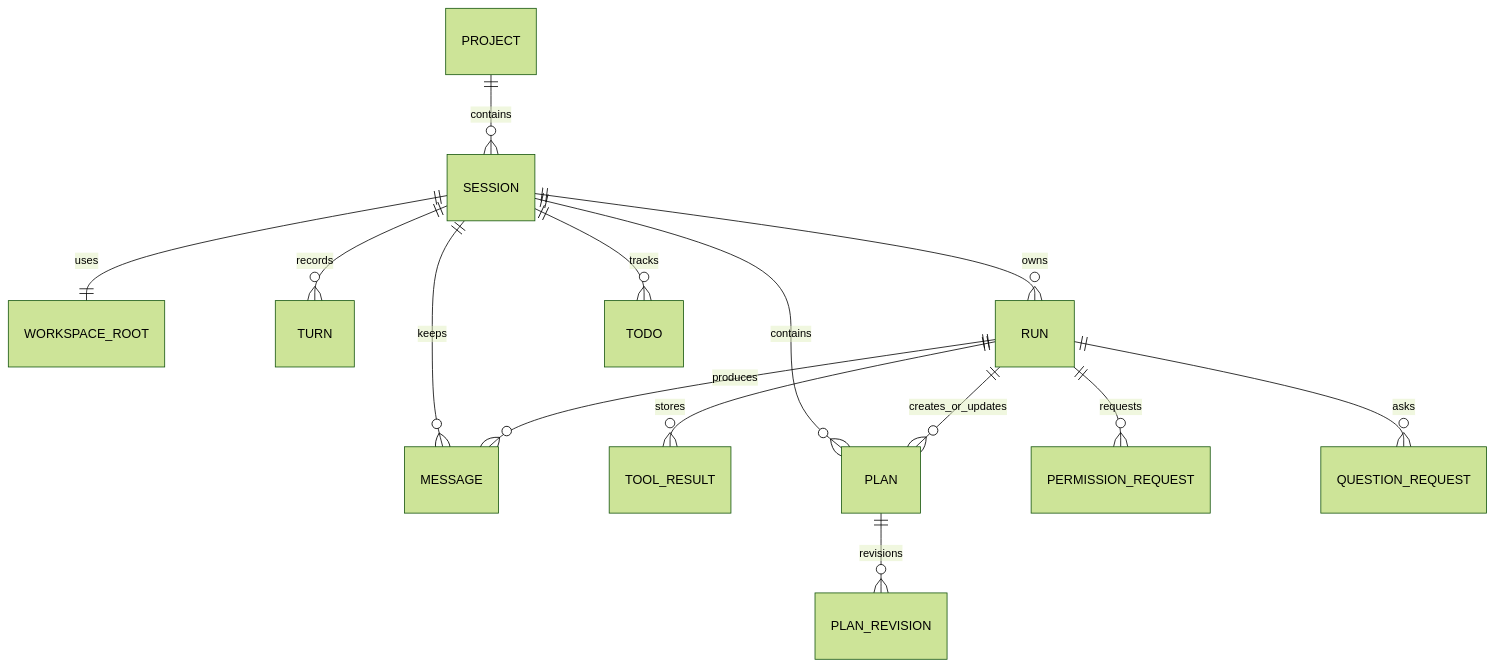
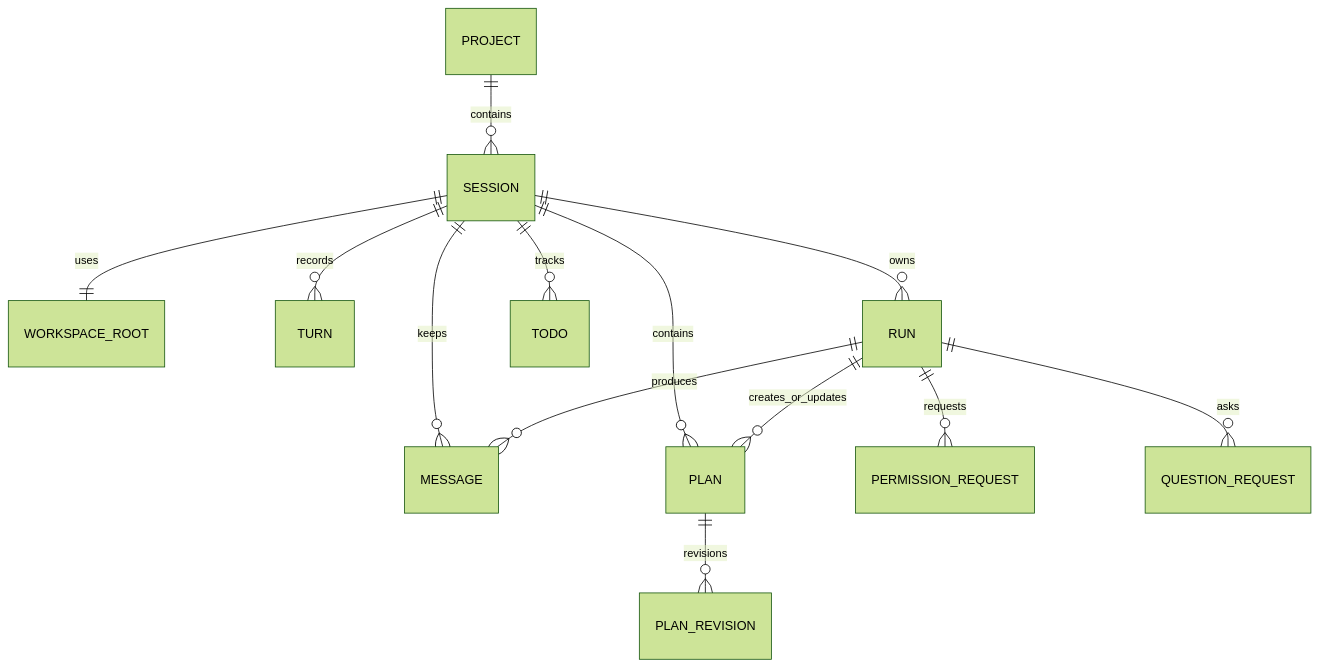
Before and after one commit to y0tsy/intention-relay: the first of 3 diagrams in docs/intention-relay/architecture/04-sessions-runs-events-and-storage.md, drawn with Mermaid (forest theme). The commit also changed other lines of this file and 15 other files, not shown here.

````diff
--- a/docs/intention-relay/architecture/04-sessions-runs-events-and-storage.md
+++ b/docs/intention-relay/architecture/04-sessions-runs-events-and-storage.md
@@ -11,16 +11,15 @@
 ```mermaid
 erDiagram
   PROJECT ||--o{ SESSION : contains
   SESSION ||--|| WORKSPACE_ROOT : uses
   SESSION ||--o{ TURN : records
   SESSION ||--o{ RUN : owns
   SESSION ||--o{ MESSAGE : keeps
   RUN ||--o{ MESSAGE : produces
-  RUN ||--o{ TOOL_RESULT : stores
   SESSION ||--o{ PLAN : contains
   SESSION ||--o{ TODO : tracks
   RUN ||--o{ PLAN : creates_or_updates
   RUN ||--o{ PERMISSION_REQUEST : requests
   RUN ||--o{ QUESTION_REQUEST : asks
   PLAN ||--o{ PLAN_REVISION : revisions
 ```
````
